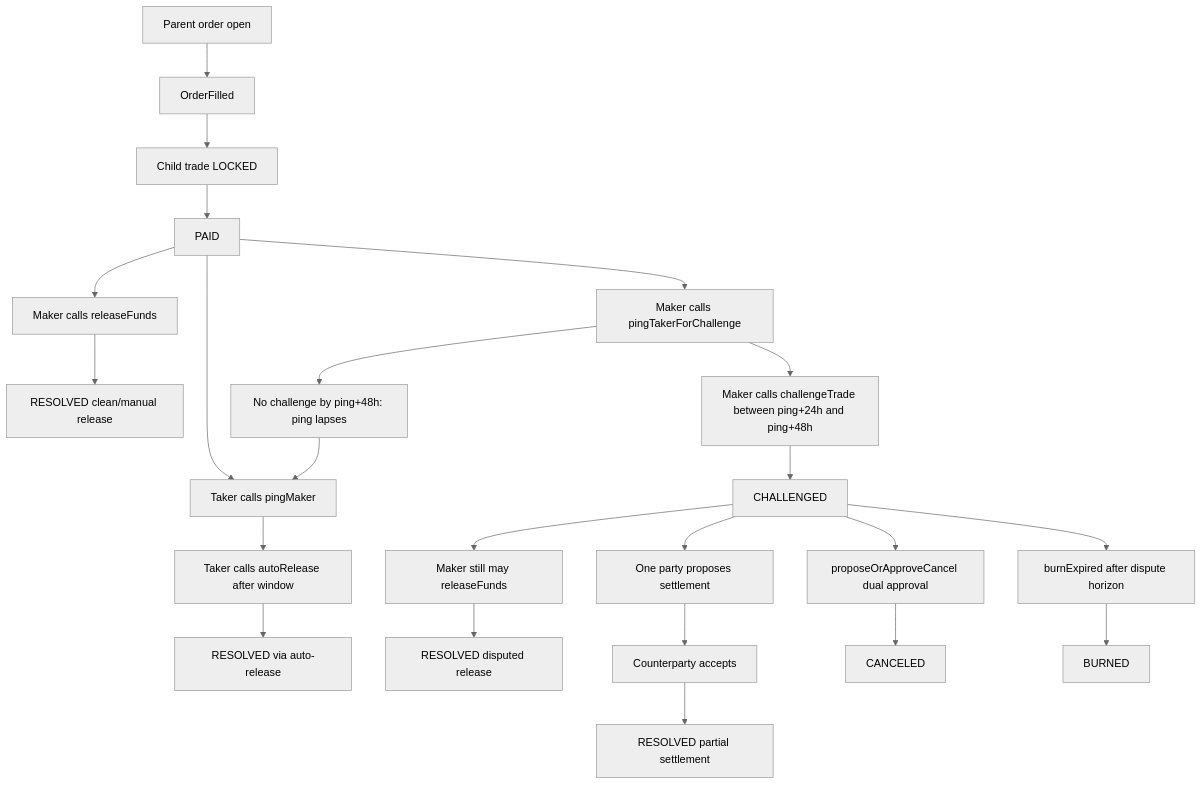
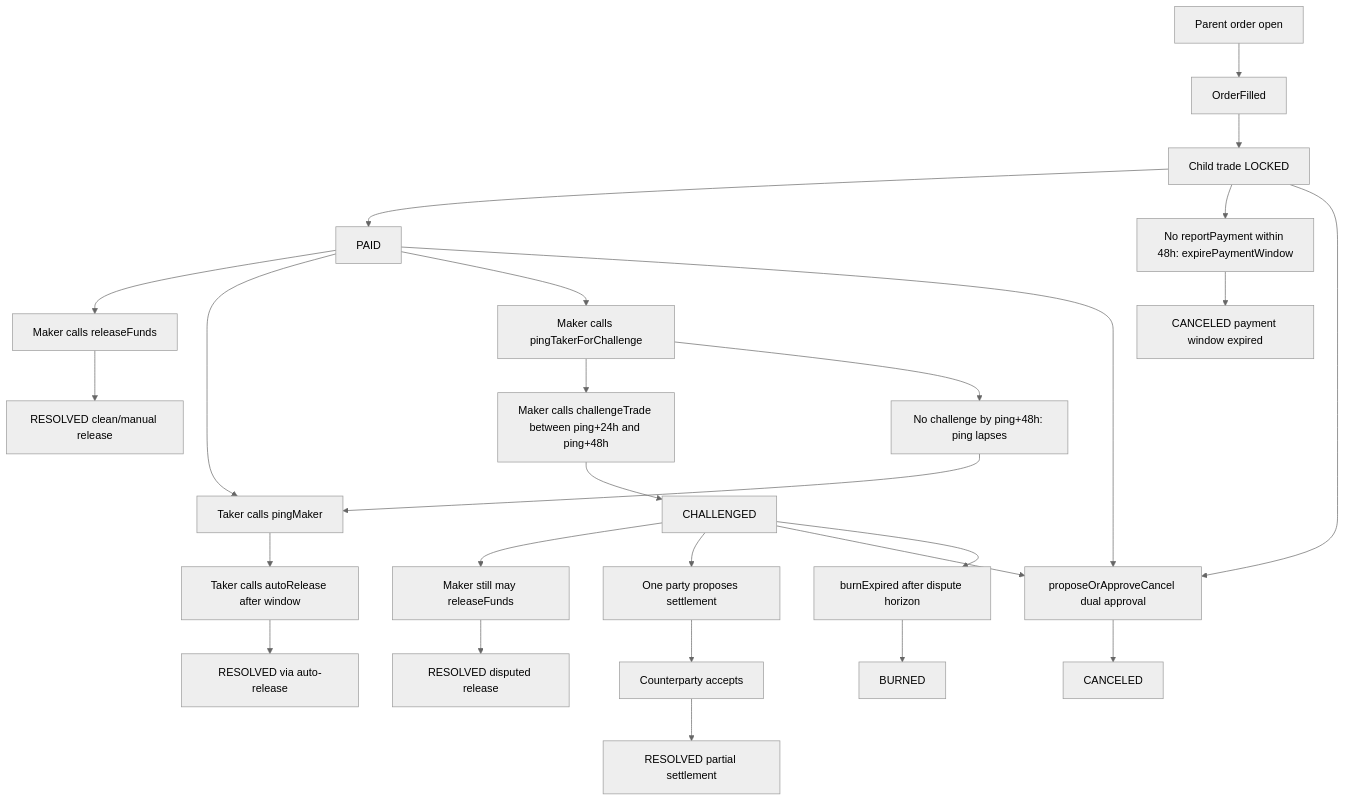
Before and after one commit to MyDemir/Araf-Protocol: the first of 2 diagrams in docs/EN/GAME_THEORY.md, drawn with Mermaid (neutral theme). The commit also changed other lines of this file and 1 other file, not shown here.

First line of the commit message:
docs(game-theory): LOCKED/PAID iptal ve ödeme penceresi yolları akışa eklendi, ödül çarpanları koddan

````diff
--- a/docs/EN/GAME_THEORY.md
+++ b/docs/EN/GAME_THEORY.md
@@ -32,32 +32,36 @@
 ```mermaid
 flowchart TD
     parent_order[Parent order open] --> fill_event[OrderFilled]
     fill_event --> child_trade[Child trade LOCKED]
     child_trade --> paid_state[PAID]
+    child_trade --> pay_window[No reportPayment within 48h: expirePaymentWindow]
+    pay_window --> canceled_locked[CANCELED payment window expired]
+    child_trade --> cancel_dual
 
     paid_state --> release_call[Maker calls releaseFunds]
     release_call --> resolved_normal[RESOLVED clean/manual release]
 
     paid_state --> ping_maker[Taker calls pingMaker]
     ping_maker --> auto_release[Taker calls autoRelease after window]
     auto_release --> resolved_penalty[RESOLVED via auto-release]
 
     paid_state --> ping_taker[Maker calls pingTakerForChallenge]
     ping_taker --> challenge_call[Maker calls challengeTrade between ping+24h and ping+48h]
     ping_taker --> ping_lapsed[No challenge by ping+48h: ping lapses]
     ping_lapsed --> ping_maker
     challenge_call --> challenged_state[CHALLENGED]
 
     challenged_state --> release_after_challenge[Maker still may releaseFunds]
     release_after_challenge --> disputed_release[RESOLVED disputed release]
 
     challenged_state --> split_offer[One party proposes settlement]
     split_offer --> split_accept[Counterparty accepts]
     split_accept --> split_resolved[RESOLVED partial settlement]
 
+    paid_state --> cancel_dual
     challenged_state --> cancel_dual[proposeOrApproveCancel dual approval]
     cancel_dual --> canceled_state[CANCELED]
 
     challenged_state --> burn_call[burnExpired after dispute horizon]
     burn_call --> burn_terminal[BURNED]
 ```
````
